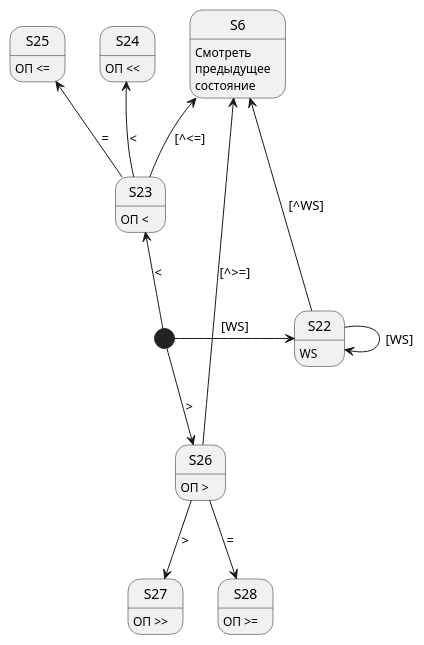
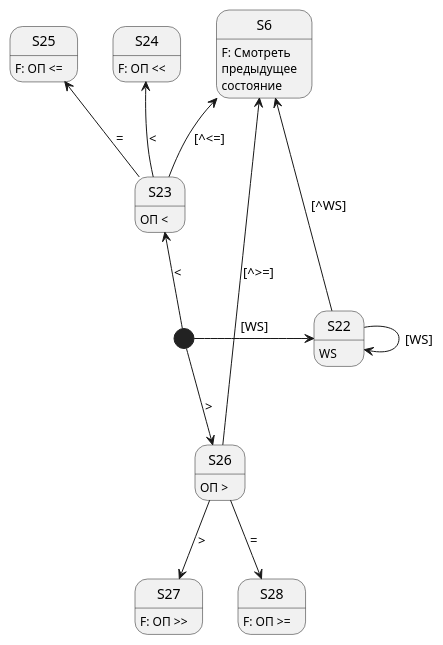
One commit to vladimirlll/CSharpLexicalAnalyzer changed the diagram in Диаграмма состояния для ЛА/sd3.puml. Above: the diagram before and after it, drawn with PlantUML. The commit also changed 16 other files, not shown here.

```diff
--- a/Диаграмма состояния для ЛА/sd3.puml
+++ b/Диаграмма состояния для ЛА/sd3.puml
@@ -1,26 +1,26 @@
 @startuml "sd3"
 
 [*] -right-> S22 : [WS]
 S22 --> S22 : [WS]
 S22 : WS
 S22 -up-> S6 : [^WS]
 
 [*] -up-> S23 : <
 S23 -up-> S6 : [^<=]
 S23 -up-> S24 : <
-S24 : ОП <<
+S24 : F: ОП <<
 S23 -up-> S25 : =
-S25 : ОП <=
+S25 : F: ОП <=
 S23 : ОП <
 
 [*] --> S26 : >
 S26 -up-> S6 : [^>=]
 S26 --> S27 : >
-S27 : ОП >>
+S27 : F: ОП >>
 S26 --> S28 : =
-S28 : ОП >=
+S28 : F: ОП >=
 S26 : ОП >
 
-S6 : Смотреть\nпредыдущее\nсостояние
+S6 : F: Смотреть\nпредыдущее\nсостояние
 
 @enduml
```
